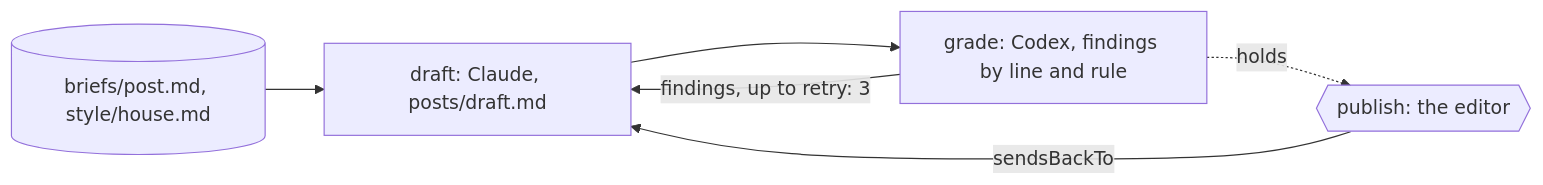
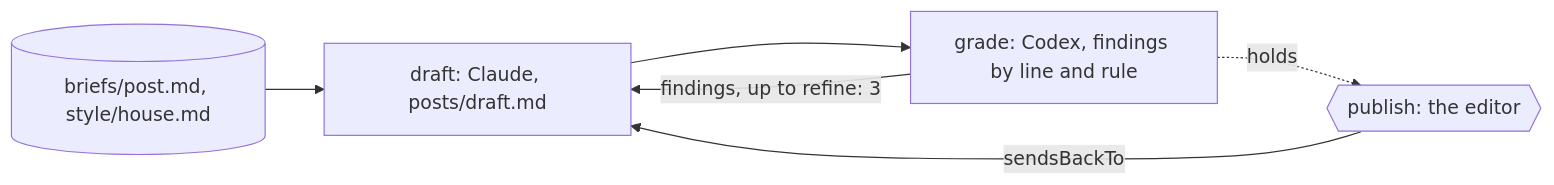
One commit to jonny981/obversa changed the diagram in docs/public/workflows/editorial/writer-grader-cap.mdx. Above: the diagram before and after it, drawn with Mermaid. The commit also changed other lines of this file and 18 other files, not shown here.

````diff
--- a/docs/public/workflows/editorial/writer-grader-cap.mdx
+++ b/docs/public/workflows/editorial/writer-grader-cap.mdx
@@ -311,8 +311,8 @@
 ```mermaid
 flowchart LR
   brief[("briefs/post.md, style/house.md")] --> draft["draft: Claude, posts/draft.md"]
   draft --> grade["grade: Codex, findings by line and rule"]
-  grade -->|"findings, up to retry: 3"| draft
+  grade -->|"findings, up to refine: 3"| draft
   grade -.->|holds| publish{{"publish: the editor"}}
   publish -->|sendsBackTo| draft
 ```
````
